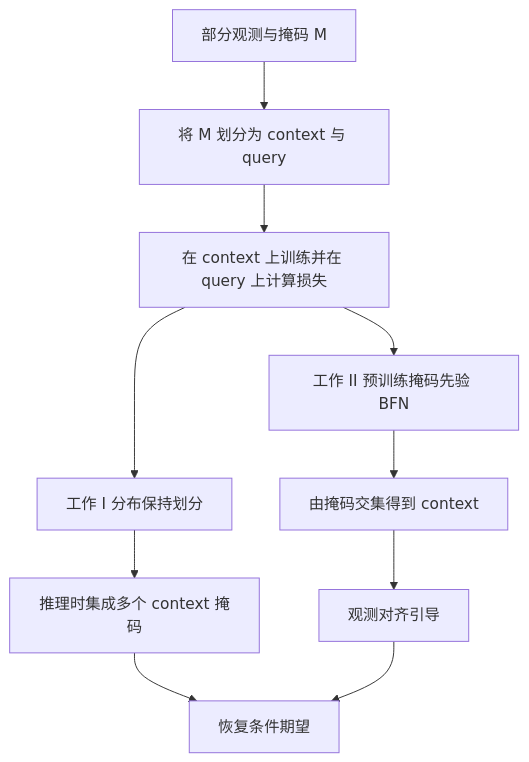
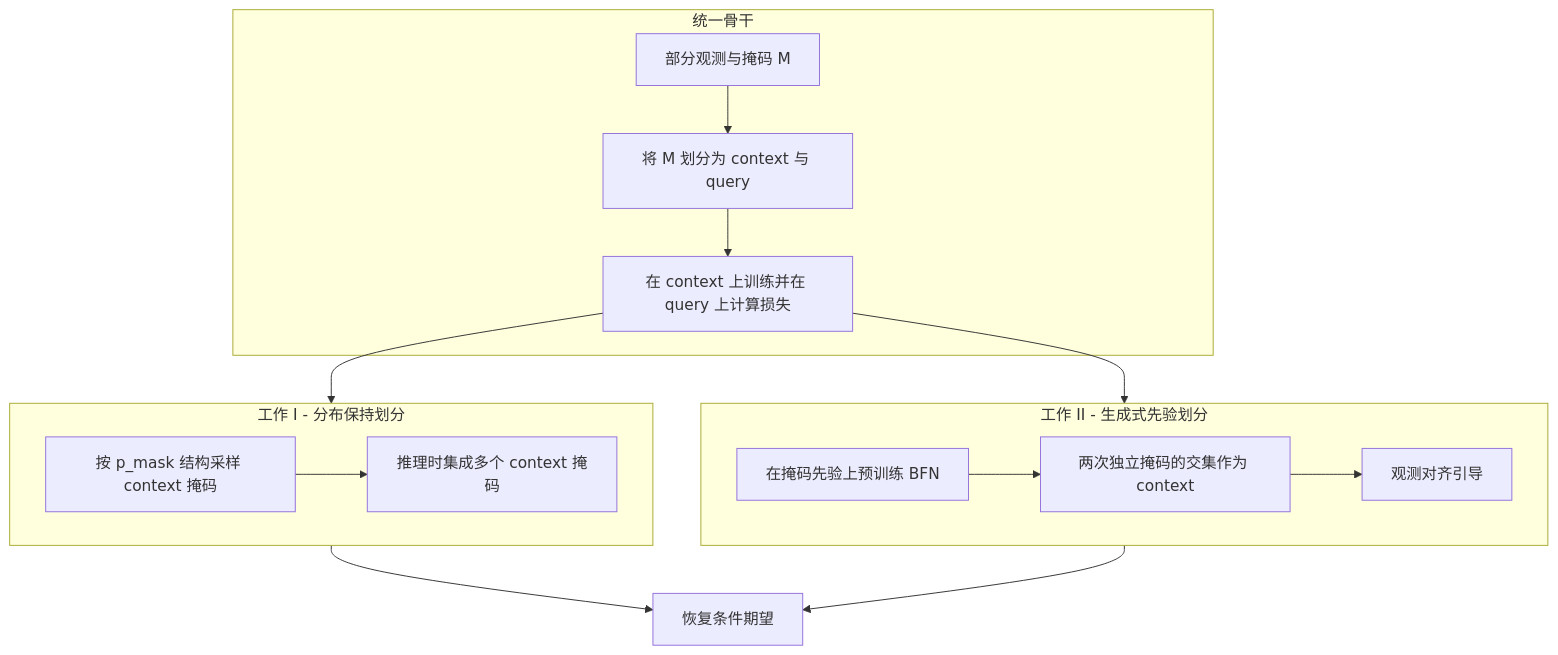
The diagram in _research/context-query-dynamics-zh.md (zzhnomorebugs/zzhnomorebugs.github.io), drawn with Mermaid before and after one commit. The commit also changed other lines of this file and 7 other files, not shown here.

```diff
--- a/_research/context-query-dynamics-zh.md
+++ b/_research/context-query-dynamics-zh.md
@@ -40,22 +40,29 @@
-<div class="mermaid">
+<pre class="mermaid">
 flowchart TB
-  obs["部分观测与掩码 M"]
-  split["将 M 划分为 context 与 query"]
-  train["在 context 上训练并在 query 上计算损失"]
-  part1["工作 I 分布保持划分"]
-  ens["推理时集成多个 context 掩码"]
-  bfn["工作 II 预训练掩码先验 BFN"]
-  inter["由掩码交集得到 context"]
-  guide["观测对齐引导"]
-  out["恢复条件期望"]
+  subgraph backbone["统一骨干"]
+    obs["部分观测与掩码 M"]
+    split["将 M 划分为 context 与 query"]
+    train["在 context 上训练并在 query 上计算损失"]
+    obs --> split
+    split --> train
+  end
 
-  obs --> split
-  split --> train
-  train --> part1
-  part1 --> ens
-  train --> bfn
-  bfn --> inter
-  inter --> guide
-  ens --> out
-  guide --> out
-</div>
+  subgraph work1["工作 I - 分布保持划分"]
+    part1["按 p_mask 结构采样 context 掩码"]
+    ens["推理时集成多个 context 掩码"]
+    part1 --> ens
+  end
+
+  subgraph work2["工作 II - 生成式先验划分"]
+    bfn["在掩码先验上预训练 BFN"]
+    inter["两次独立掩码的交集作为 context"]
+    guide["观测对齐引导"]
+    bfn --> inter
+    inter --> guide
+  end
+
+  train --> work1
+  train --> work2
+  work1 --> output["恢复条件期望"]
+  work2 --> output
+</pre>
```
